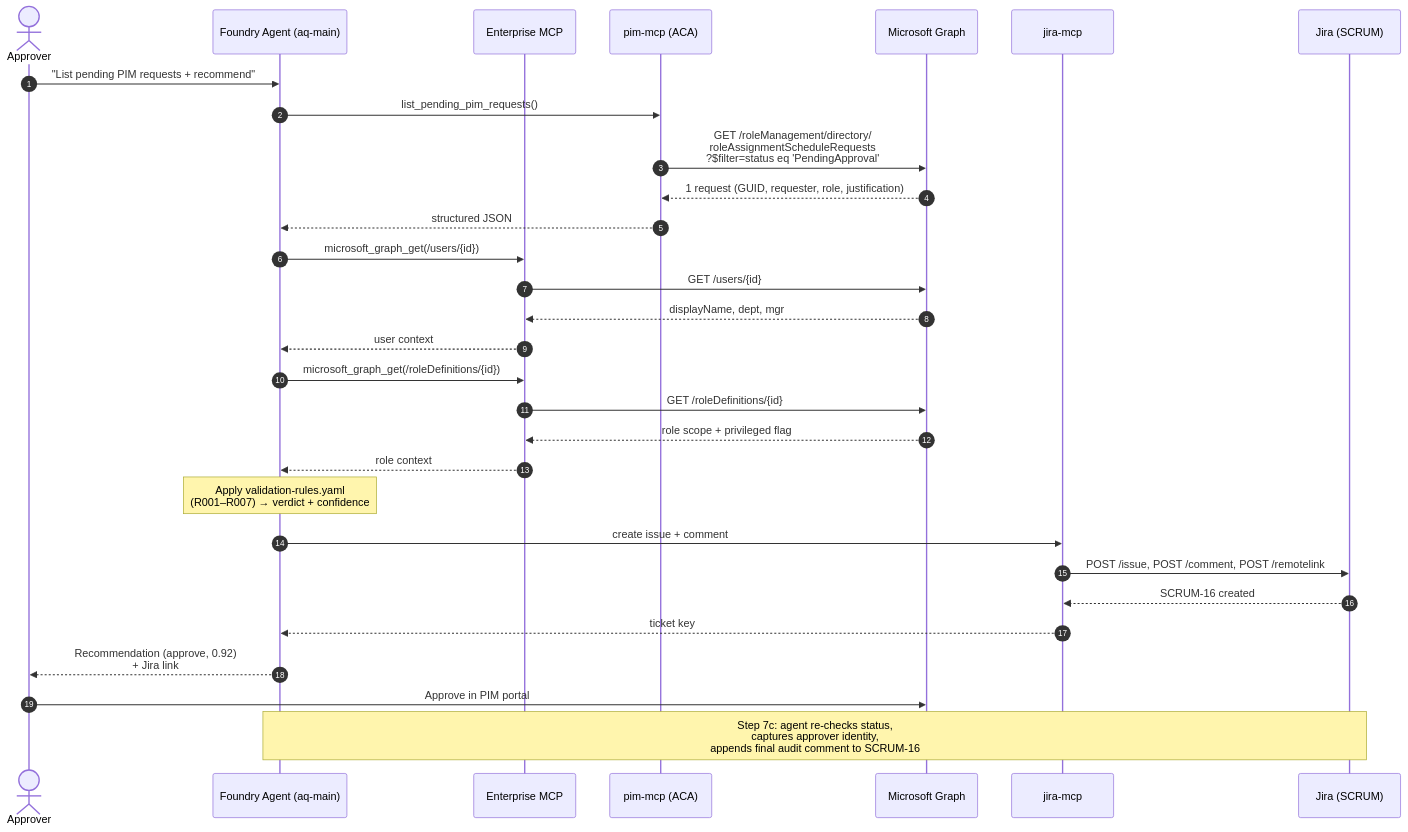
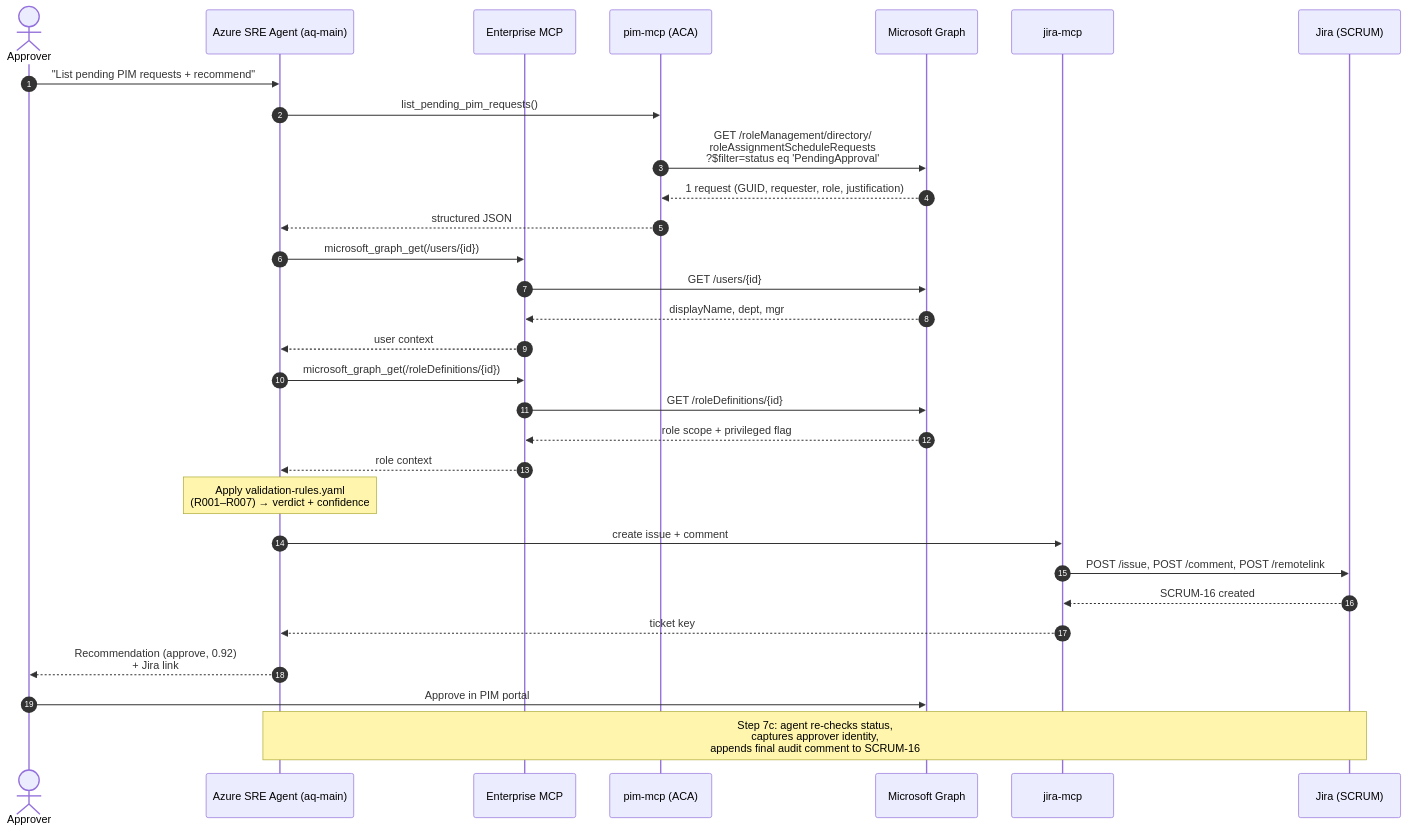
The second of 6 diagrams in pim-enablement-testbed/docs/architecture-diagrams.md (Arturo-Quiroga-MSFT/SRE-AGENT-JAN-2026), drawn with Mermaid before and after one commit. The commit also changed other lines of this file, not shown here.

First line of the commit message:
docs(pim-testbed): correct SRE Agent host - Azure portal, not Foundry

````diff
--- a/pim-enablement-testbed/docs/architecture-diagrams.md
+++ b/pim-enablement-testbed/docs/architecture-diagrams.md
@@ -77,39 +77,39 @@
 ```mermaid
 sequenceDiagram
     autonumber
     actor Op as Approver
-    participant FA as Foundry Agent (aq-main)
+    participant FA as Azure SRE Agent (aq-main)
     participant EM as Enterprise MCP
     participant PM as pim-mcp (ACA)
     participant GR as Microsoft Graph
     participant JM as jira-mcp
     participant J as Jira (SCRUM)
 
     Op->>FA: "List pending PIM requests + recommend"
     FA->>PM: list_pending_pim_requests()
     PM->>GR: GET /roleManagement/directory/<br/>roleAssignmentScheduleRequests<br/>?$filter=status eq 'PendingApproval'
     GR-->>PM: 1 request (GUID, requester, role, justification)
     PM-->>FA: structured JSON
 
     FA->>EM: microsoft_graph_get(/users/{id})
     EM->>GR: GET /users/{id}
     GR-->>EM: displayName, dept, mgr
     EM-->>FA: user context
 
     FA->>EM: microsoft_graph_get(/roleDefinitions/{id})
     EM->>GR: GET /roleDefinitions/{id}
     GR-->>EM: role scope + privileged flag
     EM-->>FA: role context
 
     Note over FA: Apply validation-rules.yaml<br/>(R001–R007) → verdict + confidence
 
     FA->>JM: create issue + comment
     JM->>J: POST /issue, POST /comment, POST /remotelink
     J-->>JM: SCRUM-16 created
     JM-->>FA: ticket key
 
     FA-->>Op: Recommendation (approve, 0.92)<br/>+ Jira link
 
     Op->>GR: Approve in PIM portal
     Note over FA,J: Step 7c: agent re-checks status,<br/>captures approver identity,<br/>appends final audit comment to SCRUM-16
 ```
````
